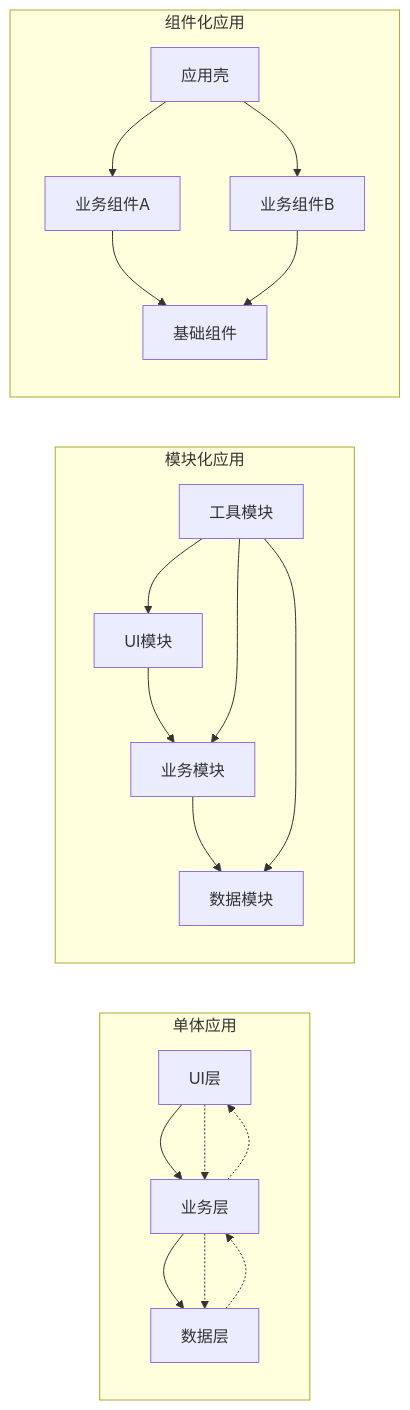
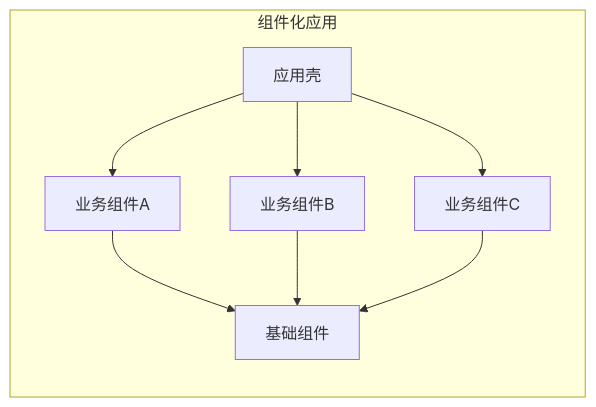
Before and after one commit to chongyang211/YCBookBlog: the sixth of 20 diagrams in 00.通用技术的提升/02.源码设计思想/02.组件化开发优化实践.md, drawn with Mermaid.

Commit message:
组件化应用

````diff
--- a/00.通用技术的提升/02.源码设计思想/02.组件化开发优化实践.md
+++ b/00.通用技术的提升/02.源码设计思想/02.组件化开发优化实践.md
@@ -177,29 +202,17 @@
 ```mermaid
 graph LR
-    subgraph "单体应用"
-        A1[UI层] --> A2[业务层] --> A3[数据层]
-        A1 -.-> A2
-        A2 -.-> A1
-        A2 -.-> A3
-        A3 -.-> A2
-    end
-    
-    subgraph "模块化应用"
-        B1[UI模块] --> B2[业务模块] --> B3[数据模块]
-        B4[工具模块] --> B1
-        B4 --> B2
-        B4 --> B3
-    end
-    
     subgraph "组件化应用"
         C1[基础组件]
         C2[业务组件A]
         C3[业务组件B]
-        C4[应用壳]
+        C4[业务组件C]
+        C5[应用壳]
         
-        C4 --> C2
-        C4 --> C3
+        C5 --> C2
+        C5 --> C3
+        C5 --> C4
         C2 --> C1
         C3 --> C1
+        C4 --> C1
     end
 ```
````
